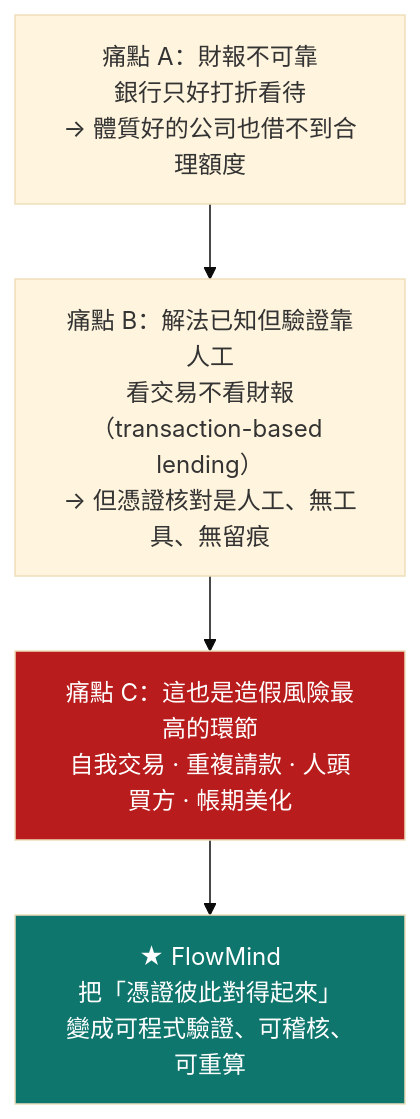
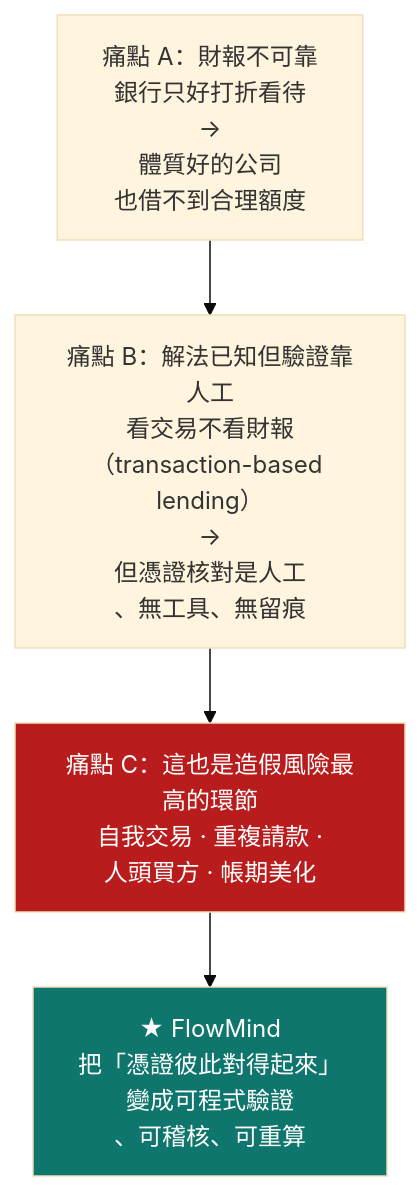
The first of 7 diagrams in README.md (wajason/flowmind-ai), drawn with Mermaid (base theme) before and after one commit. The commit also changed other lines of this file and 3 other files, not shown here.

````diff
--- a/README.md
+++ b/README.md
@@ -71,10 +71,10 @@
 ```mermaid
 flowchart TB
-    P1["痛點 A：財報不可靠<br/>銀行只好打折看待<br/>→ 體質好的公司也借不到合理額度"]
-    P2["痛點 B：解法已知但驗證靠人工<br/>看交易不看財報（transaction-based lending）<br/>→ 但憑證核對是人工、無工具、無留痕"]
-    P3["痛點 C：這也是造假風險最高的環節<br/>自我交易 · 重複請款 · 人頭買方 · 帳期美化"]
+    P1["痛點 A：財報不可靠<br/>銀行只好打折看待<br/>→ <br/>體質好的公司<br/>也借不到合理額度"]
+    P2["痛點 B：解法已知但驗證靠人工<br/>看交易不看財報（transaction-based lending）<br/>→<br/>但憑證核對是人工<br/>、無工具、無留痕"]
+    P3["痛點 C：這也是造假風險最高的環節<br/>自我交易 · 重複請款 ·<br/>人頭買方 · 帳期美化"]
     P1 --> P2 --> P3
-    P3 --> S["★ FlowMind<br/>把「憑證彼此對得起來」<br/>變成可程式驗證、可稽核、可重算"]
+    P3 --> S["★ FlowMind<br/>把「憑證彼此對得起來」<br/>變成可程式驗證<br/>、可稽核、可重算"]
     style S fill:#0f766e,color:#fff
     style P3 fill:#b91c1c,color:#fff
 ```
````
